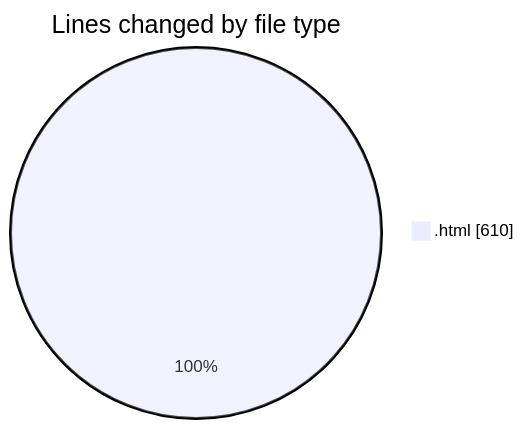
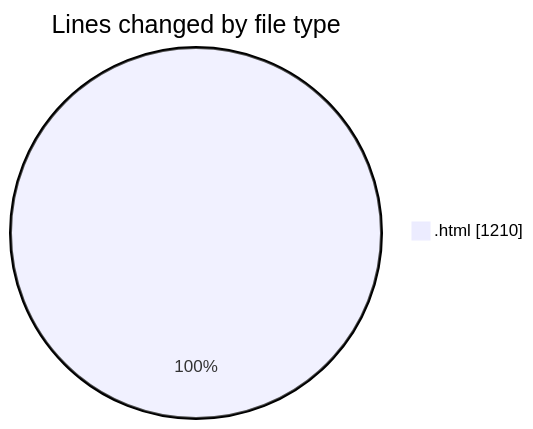
One commit to IJAZ3593/code-tracking changed the first of 2 diagrams in 2025-09-14/new_folder/README.md. Above: the diagram before and after it, drawn with Mermaid. The commit also changed other lines of this file and 1 other file, not shown here.

````diff
--- a/2025-09-14/new_folder/README.md
+++ b/2025-09-14/new_folder/README.md
@@ -22,5 +24,5 @@
 ```mermaid
 pie showData
 title Lines changed by file type
-".html" : 610
+".html" : 1210
 ```
````
